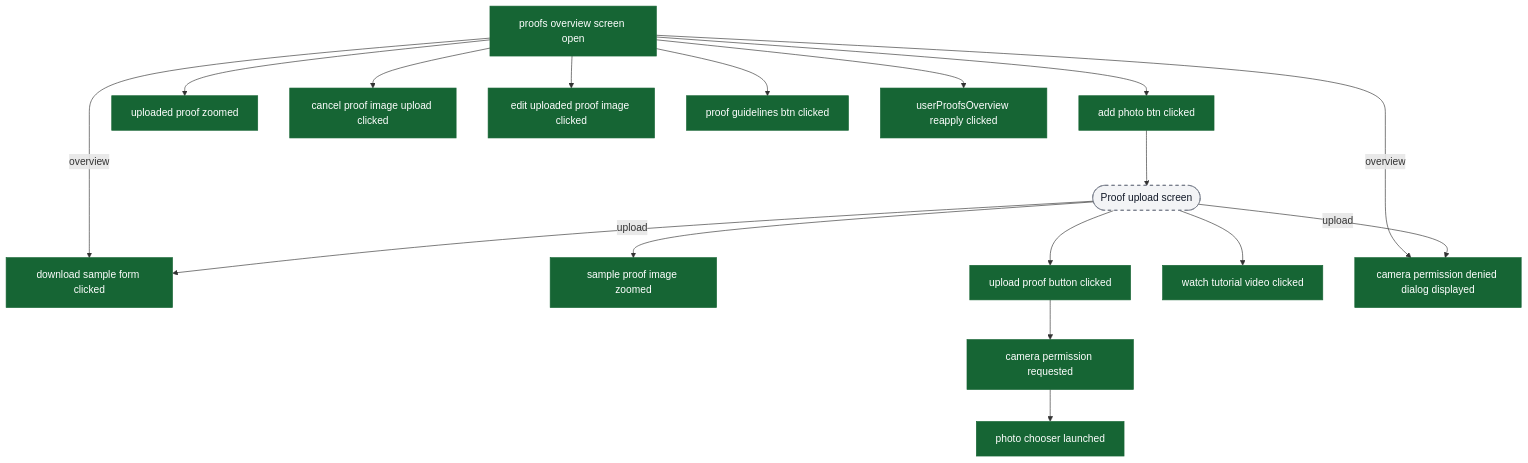
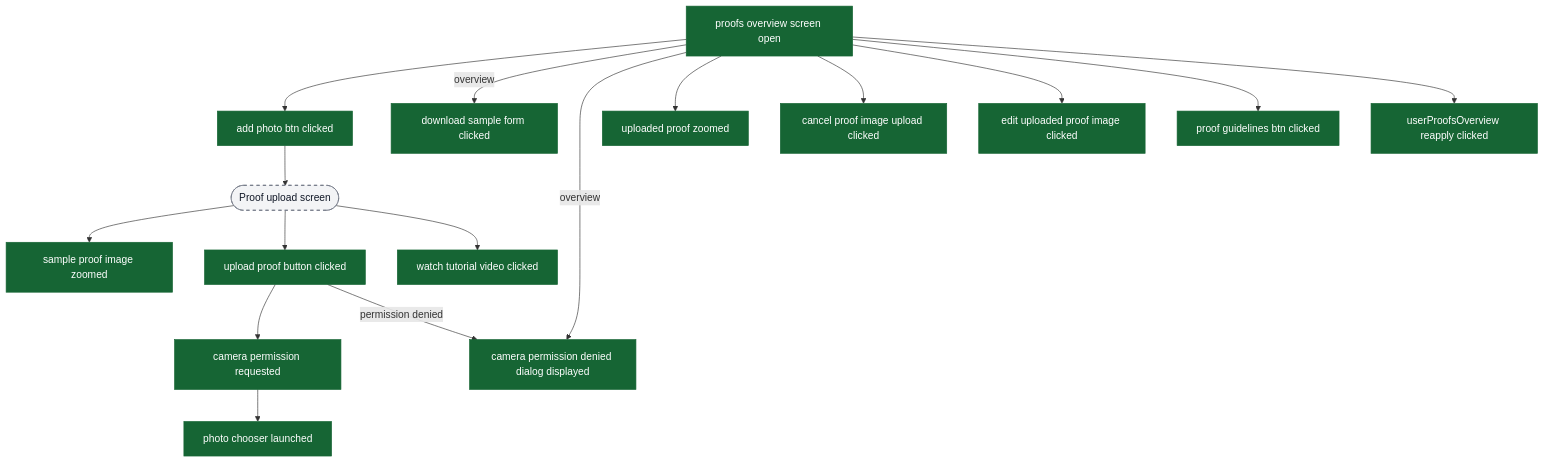
Before and after one commit to ratulsarna/chalo-app-dashboard: the seventh of 10 diagrams in content/analytics/super-pass-purchase/flow-diagrams.md, drawn with Mermaid. The commit also changed other lines of this file and 1 other file, not shown here.

Commit message:
feat(analytics): add category selection event and update flow diagrams for super pass purchase

````diff
--- a/content/analytics/super-pass-purchase/flow-diagrams.md
+++ b/content/analytics/super-pass-purchase/flow-diagrams.md
@@ -161,29 +172,28 @@
 ```mermaid
 flowchart TD
   ev_proofsOverviewOpen["proofs overview screen open"] --> ev_addPhotoClicked["add photo btn clicked"]
   ev_proofsOverviewOpen -->|overview| ev_downloadSampleFormClicked["download sample form clicked"]
 
   ev_addPhotoClicked --> ui_proofUpload([Proof upload screen])
-  ui_proofUpload -->|upload| ev_downloadSampleFormClicked
   ui_proofUpload --> ev_sampleZoomed["sample proof image zoomed"]
   ui_proofUpload --> ev_uploadProofClicked["upload proof button clicked"]
   ev_uploadProofClicked --> ev_permissionRequested["camera permission requested"]
   ev_permissionRequested --> ev_photoChooser["photo chooser launched"]
   ui_proofUpload --> ev_watchTutorial["watch tutorial video clicked"]
 
   ev_proofsOverviewOpen -->|overview| ev_permissionDeniedDialog["camera permission denied dialog displayed"]
-  ui_proofUpload -->|upload| ev_permissionDeniedDialog
+  ev_uploadProofClicked -->|permission denied| ev_permissionDeniedDialog
 
   ev_proofsOverviewOpen --> ev_uploadedZoomed["uploaded proof zoomed"]
   ev_proofsOverviewOpen --> ev_cancelUpload["cancel proof image upload clicked"]
   ev_proofsOverviewOpen --> ev_editUploaded["edit uploaded proof image clicked"]
   ev_proofsOverviewOpen --> ev_guidelines["proof guidelines btn clicked"]
   ev_proofsOverviewOpen --> ev_reapply["userProofsOverview reapply clicked"]
 
   classDef event fill:#166534,stroke:#166534,color:#ffffff;
   classDef ui fill:#f3f4f6,stroke:#6b7280,stroke-dasharray: 5 5,color:#111827;
   classDef external fill:#ffffff,stroke:#6b7280,stroke-dasharray: 3 3,color:#111827;
 
   class ev_proofsOverviewOpen,ev_addPhotoClicked,ev_downloadSampleFormClicked,ev_sampleZoomed,ev_uploadProofClicked,ev_permissionRequested,ev_photoChooser,ev_watchTutorial,ev_permissionDeniedDialog,ev_uploadedZoomed,ev_cancelUpload,ev_editUploaded,ev_guidelines,ev_reapply event;
   class ui_proofUpload ui;
 ```
````
